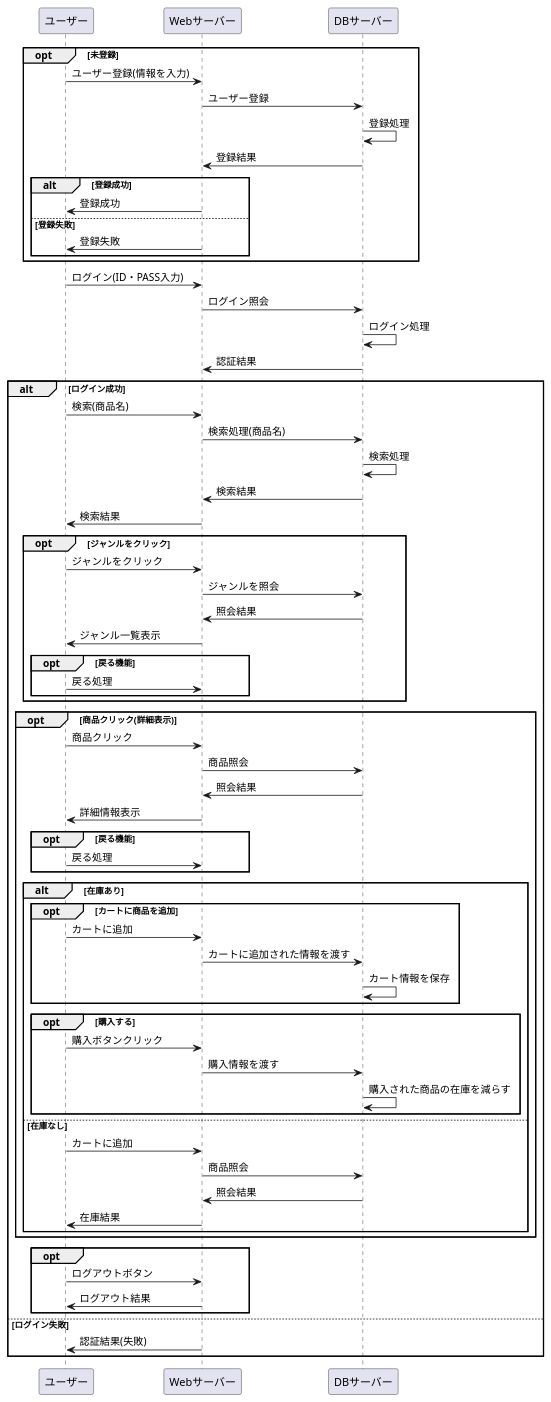
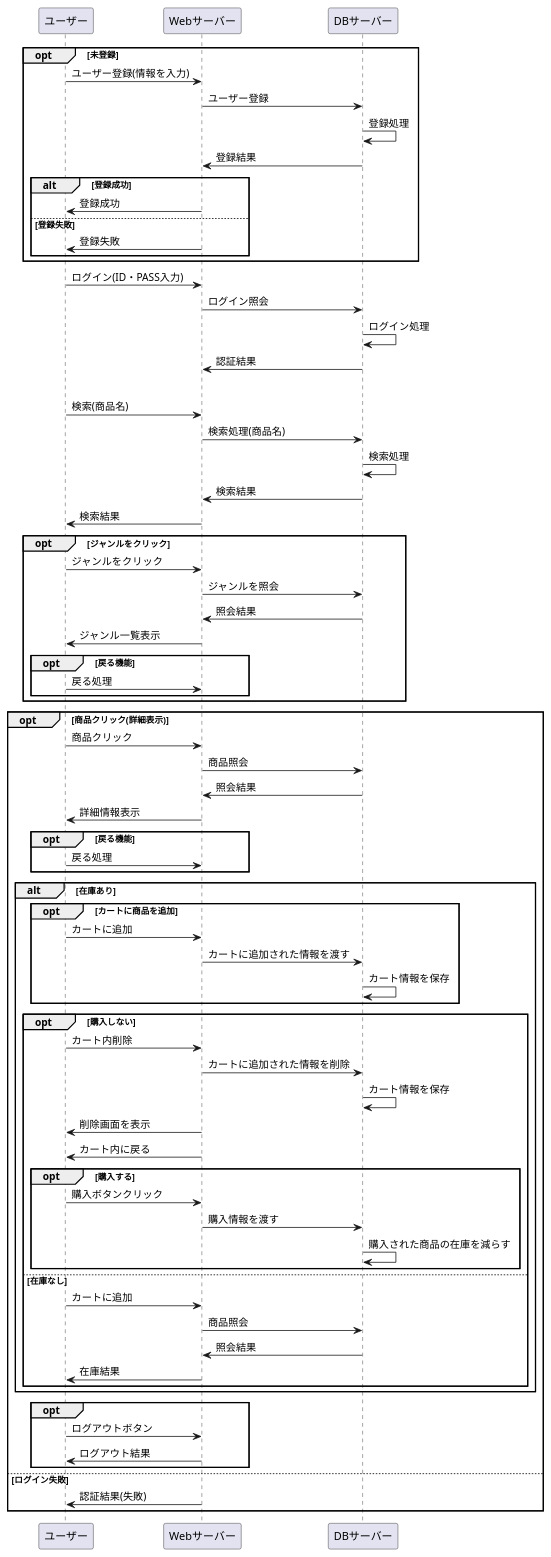
The diagram in あの消し.業務フロー.md (Aso2001184/2021sys-design), drawn with PlantUML before and after one commit.

```diff
--- a/あの消し.業務フロー.md
+++ b/あの消し.業務フロー.md
@@ -55,6 +55,14 @@
 DBサーバー -> DBサーバー : カート情報を保存
 end
 
+opt 購入しない
+ユーザー -> Webサーバー : カート内削除
+Webサーバー -> DBサーバー : カートに追加された情報を削除
+DBサーバー -> DBサーバー : カート情報を保存
+Webサーバー -> ユーザー : 削除画面を表示
+Webサーバー -> ユーザー : カート内に戻る
+
+
 opt 購入する
 ユーザー -> Webサーバー : 購入ボタンクリック
 Webサーバー -> DBサーバー : 購入情報を渡す
```
